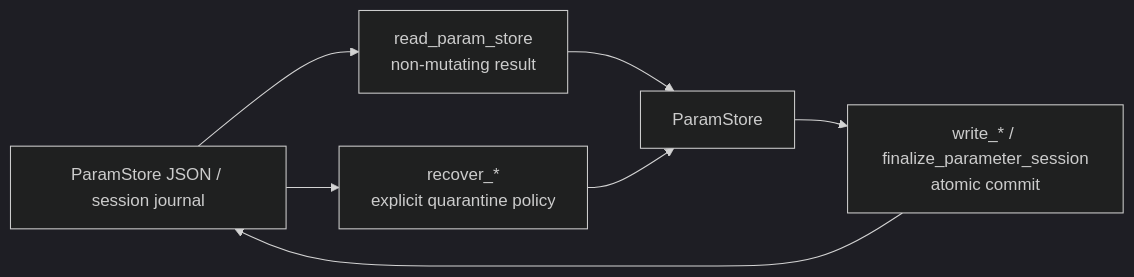
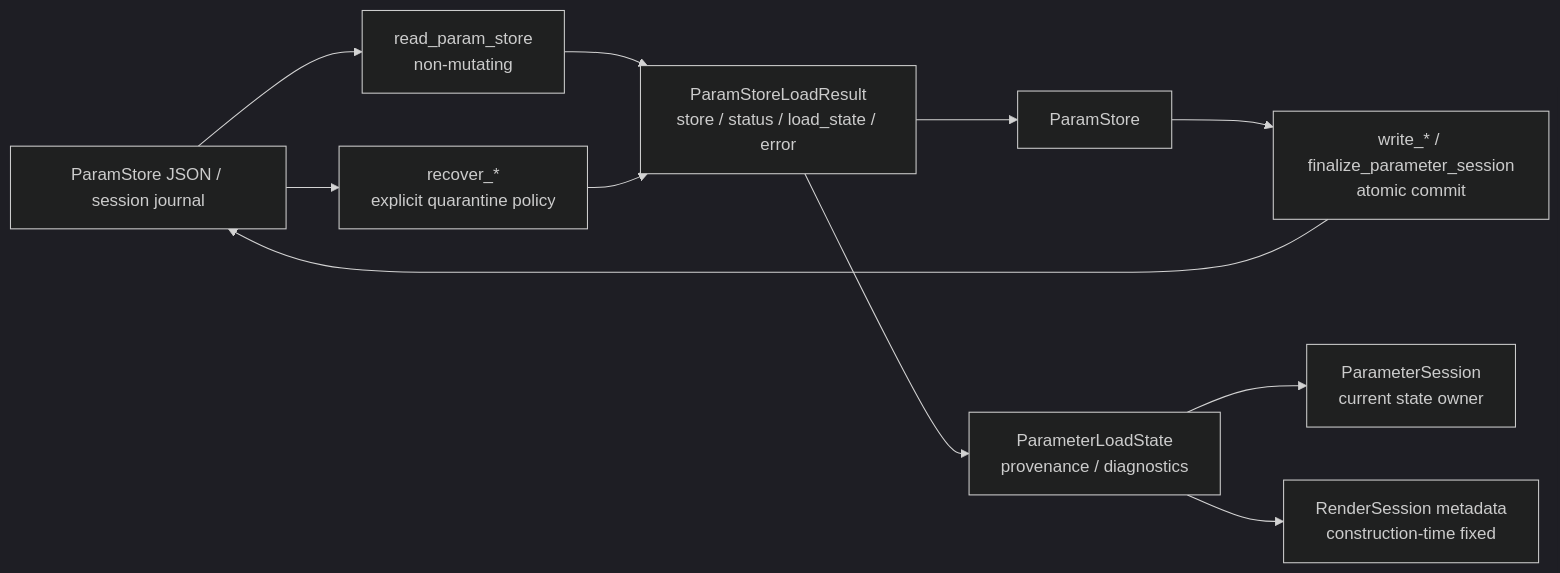
Before and after one commit to tyhts0829/graft: diagram 15 of 24 in docs/architecture_visualization.md, drawn with Mermaid (dark theme). The commit also changed other lines of this file and 135 other files, not shown here.

````diff
--- a/docs/architecture_visualization.md
+++ b/docs/architecture_visualization.md
@@ -323,12 +403,20 @@
 ```mermaid
 flowchart LR
     file["ParamStore JSON / session journal"]
-    read["read_param_store<br/>non-mutating result"]
+    read["read_param_store<br/>non-mutating"]
     recover["recover_*<br/>explicit quarantine policy"]
+    result["ParamStoreLoadResult<br/>store / status / load_state / error"]
+    loadstate["ParameterLoadState<br/>provenance / diagnostics"]
     commit["write_* / finalize_parameter_session<br/>atomic commit"]
     store2["ParamStore"]
+    interactive["ParameterSession<br/>current state owner"]
+    headless["RenderSession metadata<br/>construction-time fixed"]
 
-    file --> read --> store2
-    file --> recover --> store2
+    file --> read --> result
+    file --> recover --> result
+    result --> store2
+    result --> loadstate
+    loadstate --> interactive
+    loadstate --> headless
     store2 --> commit --> file
 ```
````
